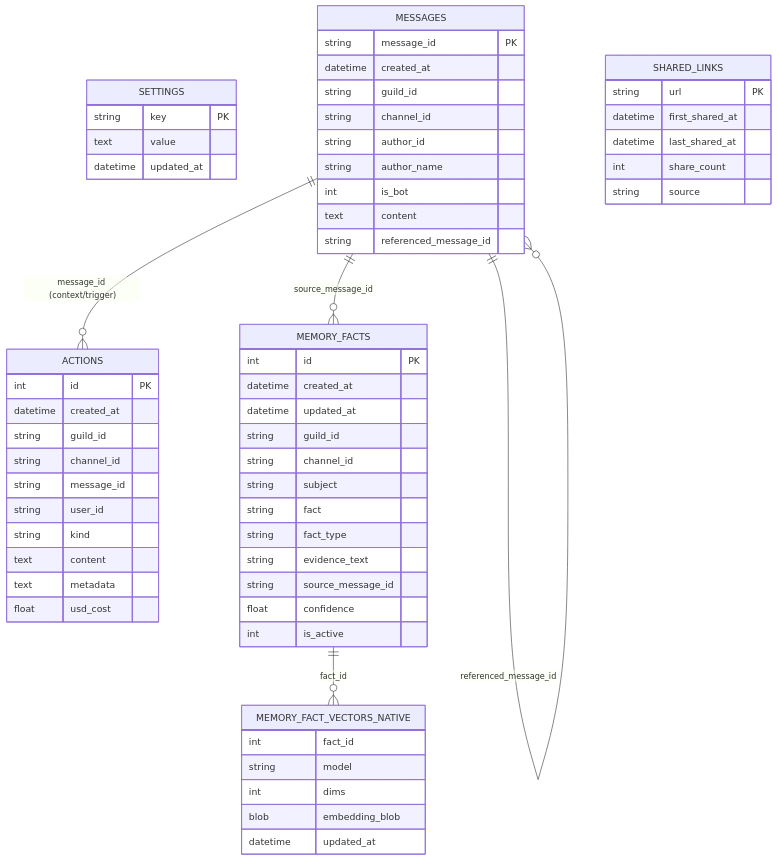
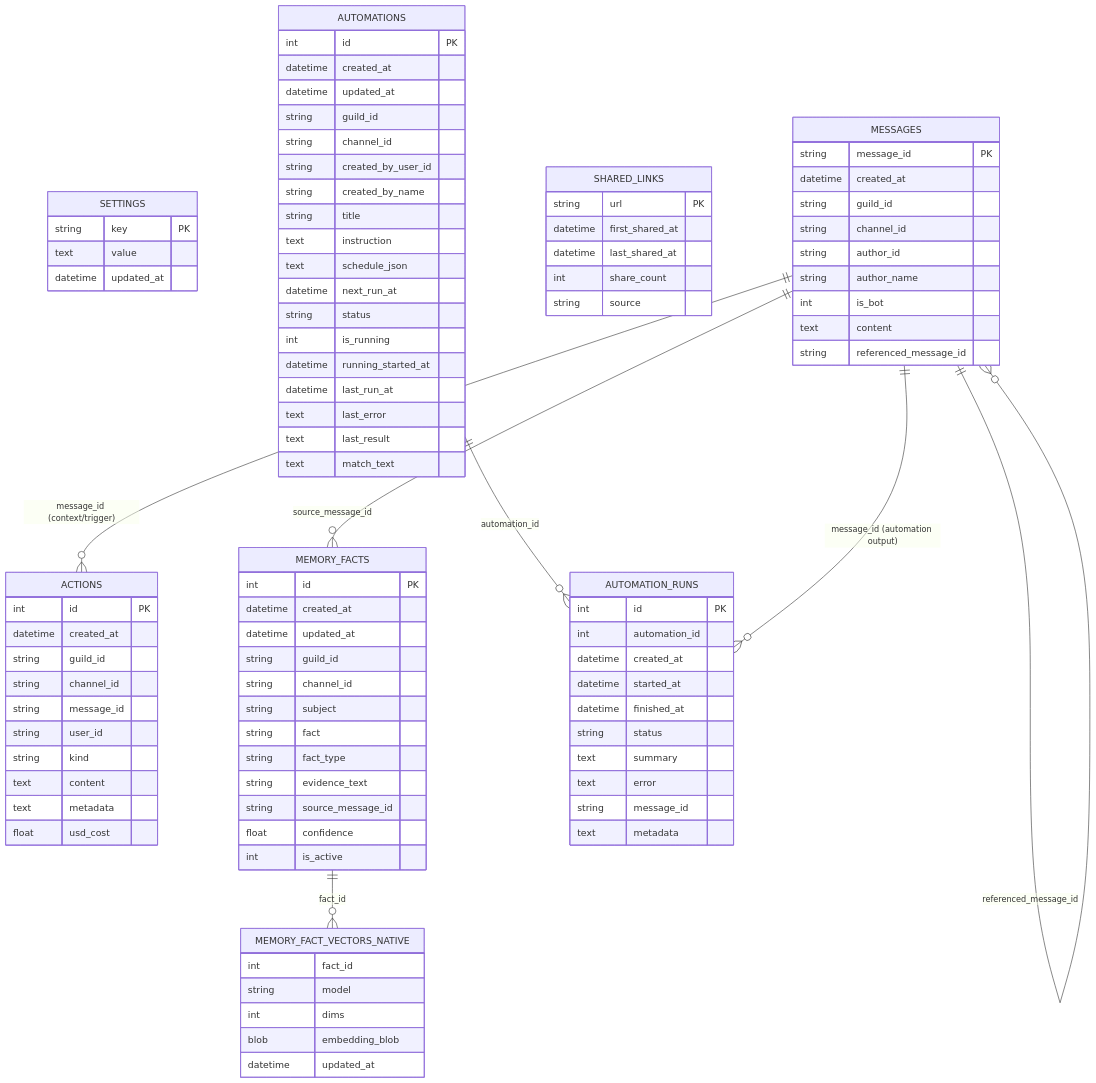
One commit to Volpestyle/clanker_conk changed the diagram in docs/diagrams/data-model.mmd. Above: the diagram before and after it, drawn with Mermaid. The commit also changed 17 other files, not shown here.

```diff
--- a/docs/diagrams/data-model.mmd
+++ b/docs/diagrams/data-model.mmd
@@ -1,67 +1,103 @@
 erDiagram
     SETTINGS {
         string key PK
         text value
         datetime updated_at
     }
 
     MESSAGES {
         string message_id PK
         datetime created_at
         string guild_id
         string channel_id
         string author_id
         string author_name
         int is_bot
         text content
         string referenced_message_id
     }
 
     ACTIONS {
         int id PK
         datetime created_at
         string guild_id
         string channel_id
         string message_id
         string user_id
         string kind
         text content
         text metadata
         float usd_cost
     }
 
     MEMORY_FACTS {
         int id PK
         datetime created_at
         datetime updated_at
         string guild_id
         string channel_id
         string subject
         string fact
         string fact_type
         string evidence_text
         string source_message_id
         float confidence
         int is_active
     }
 
     MEMORY_FACT_VECTORS_NATIVE {
         int fact_id
         string model
         int dims
         blob embedding_blob
         datetime updated_at
     }
 
     SHARED_LINKS {
         string url PK
         datetime first_shared_at
         datetime last_shared_at
         int share_count
         string source
     }
 
+    AUTOMATIONS {
+        int id PK
+        datetime created_at
+        datetime updated_at
+        string guild_id
+        string channel_id
+        string created_by_user_id
+        string created_by_name
+        string title
+        text instruction
+        text schedule_json
+        datetime next_run_at
+        string status
+        int is_running
+        datetime running_started_at
+        datetime last_run_at
+        text last_error
+        text last_result
+        text match_text
+    }
+
+    AUTOMATION_RUNS {
+        int id PK
+        int automation_id
+        datetime created_at
+        datetime started_at
+        datetime finished_at
+        string status
+        text summary
+        text error
+        string message_id
+        text metadata
+    }
+
     MESSAGES ||--o{ ACTIONS : "message_id (context/trigger)"
     MESSAGES ||--o{ MEMORY_FACTS : "source_message_id"
     MEMORY_FACTS ||--o{ MEMORY_FACT_VECTORS_NATIVE : "fact_id"
     MESSAGES ||--o{ MESSAGES : "referenced_message_id"
+    AUTOMATIONS ||--o{ AUTOMATION_RUNS : "automation_id"
+    MESSAGES ||--o{ AUTOMATION_RUNS : "message_id (automation output)"
```
